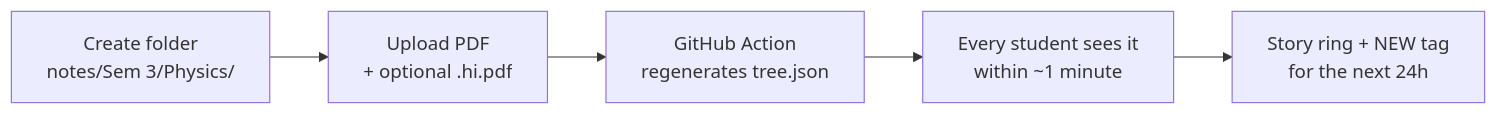
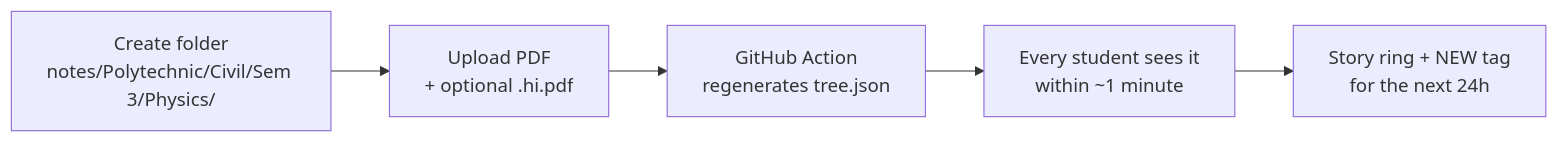
One commit to VinaySoni-IN/Notes-Sathi changed the fourth of 5 diagrams in README.md. Above: the diagram before and after it, drawn with Mermaid. The commit also changed other lines of this file, not shown here.

Commit message:
v2.2: document the pre-created 205-subject-folder structure

````diff
--- a/README.md
+++ b/README.md
@@ -202,7 +219,7 @@
 ```mermaid
 flowchart LR
-    A[Create folder<br/>notes/Sem 3/Physics/] --> B[Upload PDF<br/>+ optional .hi.pdf]
+    A[Create folder<br/>notes/Polytechnic/Civil/Sem 3/Physics/] --> B[Upload PDF<br/>+ optional .hi.pdf]
     B --> C[GitHub Action<br/>regenerates tree.json]
     C --> D[Every student sees it<br/>within ~1 minute]
     D --> E[Story ring + NEW tag<br/>for the next 24h]
 ```
````
